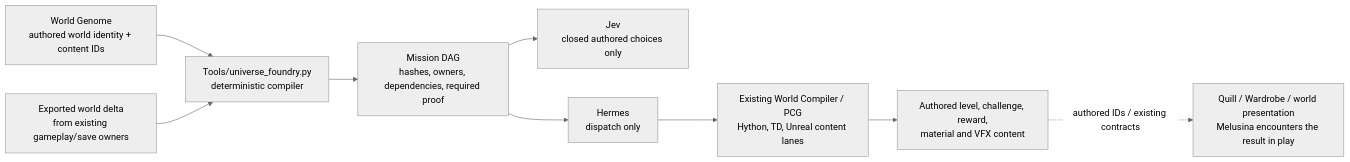
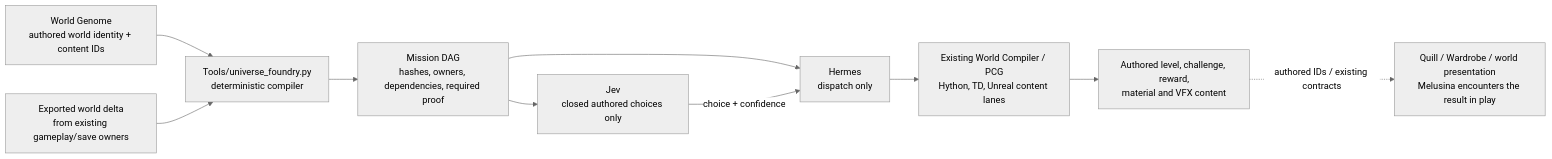
The third of 3 diagrams in SYSTEM_MAP.md (fromage3900/MelodiaMelusinaV2), drawn with Mermaid (neutral theme) before and after one commit.

Commit message:
docs: show Jev decision returning to Foundry dispatch

````diff
--- a/SYSTEM_MAP.md
+++ b/SYSTEM_MAP.md
@@ -182,11 +182,12 @@
 ```mermaid
 flowchart LR
   GENOME["World Genome<br/>authored world identity + content IDs"] --> FOUNDRY["Tools/universe_foundry.py<br/>deterministic compiler"]
   DELTA["Exported world delta<br/>from existing gameplay/save owners"] --> FOUNDRY
   FOUNDRY --> MISSION["Mission DAG<br/>hashes, owners, dependencies, required proof"]
   MISSION --> JEV["Jev<br/>closed authored choices only"]
   MISSION --> HERMES["Hermes<br/>dispatch only"]
+  JEV -->|choice + confidence| HERMES
   HERMES --> AUTHORS["Existing World Compiler / PCG<br/>Hython, TD, Unreal content lanes"]
   AUTHORS --> CONTENT["Authored level, challenge, reward,<br/>material and VFX content"]
   CONTENT -.->|authored IDs / existing contracts| RUNTIME["Quill / Wardrobe / world presentation<br/>Melusina encounters the result in play"]
 ```
````
